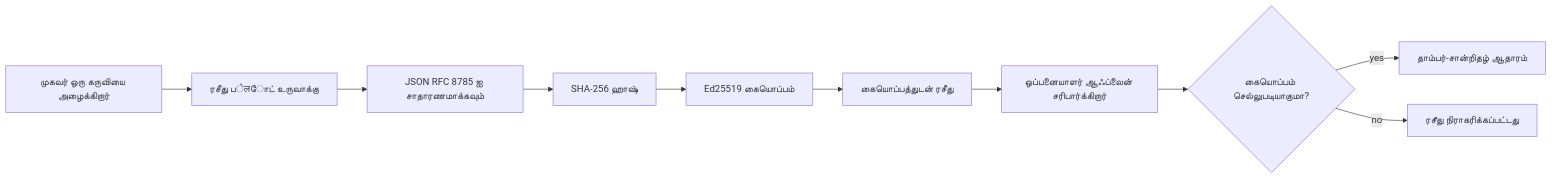
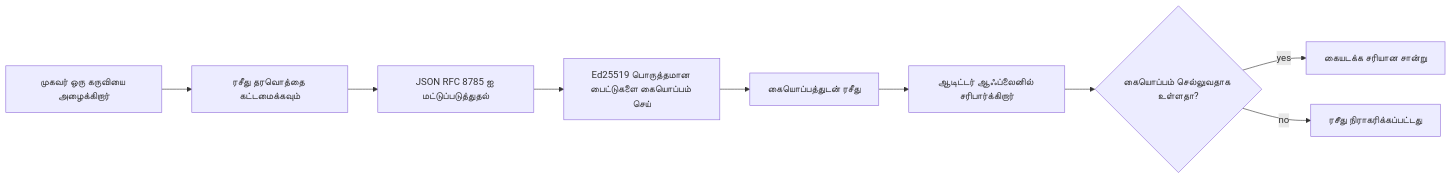
The first of 2 diagrams in translations/ta/18-securing-ai-agents/README.md (microsoft/ai-agents-for-beginners), drawn with Mermaid before and after one commit. The commit also changed other lines of this file and 46 other files, not shown here.

````diff
--- a/translations/ta/18-securing-ai-agents/README.md
+++ b/translations/ta/18-securing-ai-agents/README.md
@@ -51,12 +51,11 @@
 ```mermaid
 flowchart LR
-    A[முகவர் ஒரு கருவியை அழைக்கிறார்] --> B[ரசீது பेलோட் உருவாக்கு]
-    B --> C[JSON RFC 8785 ஐ சாதாரணமாக்கவும்]
-    C --> D[SHA-256 ஹாஷ்]
-    D --> E[Ed25519 கையொப்பம்]
+    A[முகவர் ஒரு கருவியை அழைக்கிறார்] --> B[ரசீது தரவொத்தை கட்டமைக்கவும்]
+    B --> C[JSON RFC 8785 ஐ மட்டுப்படுத்துதல்]
+    C --> E[Ed25519 பொருத்தமான பைட்டுகளை கையொப்பம் செய்]
     E --> F[கையொப்பத்துடன் ரசீது]
-    F --> G[ஒப்பனையாளர் ஆஃப்லைன் சரிபார்க்கிறார்]
-    G --> H{கையொப்பம் செல்லுபடியாகுமா?}
-    H -- yes --> I[தாம்பர்-சான்றிதழ் ஆதாரம்]
+    F --> G[ஆடிட்டர் ஆஃப்லைனில் சரிபார்க்கிறார்]
+    G --> H{கையொப்பம் செல்லுவதாக உள்ளதா?}
+    H -- yes --> I[கையடக்க சரியான சான்று]
     H -- no --> J[ரசீது நிராகரிக்கப்பட்டது]
 ```
````
